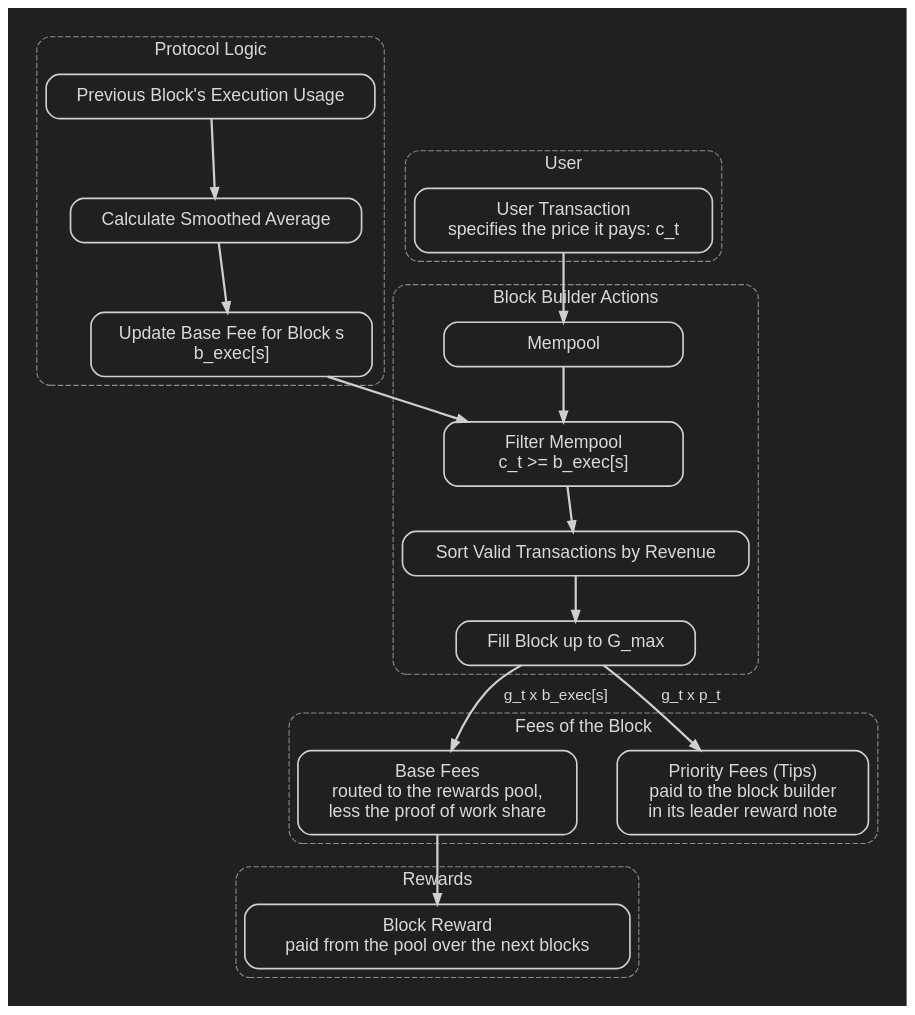
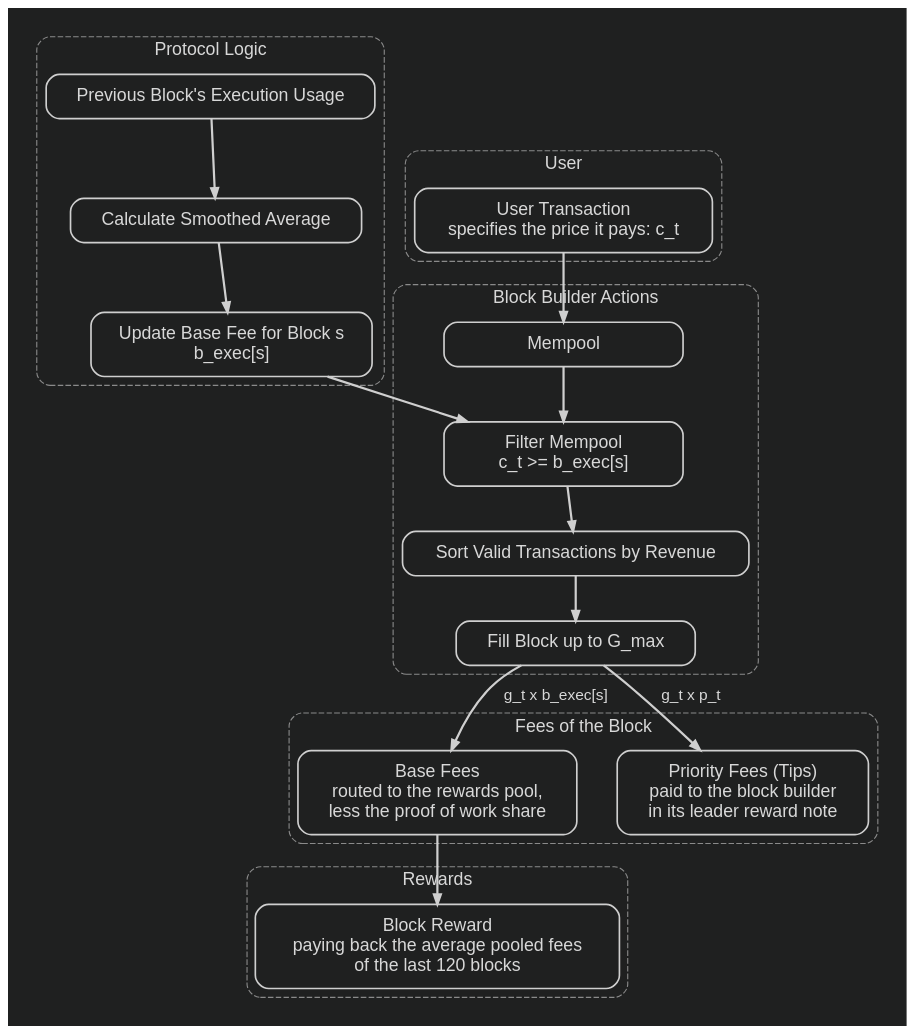
One commit to logos-co/logos-lips changed the diagram in docs/blockchain/raw/execution-market/assets/execution-market-lifecycle.dot. Above: the diagram before and after it, drawn with Graphviz. The commit also changed 5 other files, not shown here.

Commit message:
docs(blockchain): release rising with the pooled fees in the Block Rewards overview, forced exit funding in the RFC, overview figure drawn top to bottom

```diff
--- a/docs/blockchain/raw/execution-market/assets/execution-market-lifecycle.dot
+++ b/docs/blockchain/raw/execution-market/assets/execution-market-lifecycle.dot
@@ -1,72 +1,72 @@
 /*
  * Execution market: lifecycle of the fees of a block
  *
  * Render:
  *   dot -Tsvg execution-market-lifecycle.dot -o execution-market-lifecycle.svg
  */
 
 digraph execution_market_lifecycle {
   rankdir = TB;
   bgcolor = "#1f2020";
   splines = true;
   nodesep = 0.50;
   ranksep = 0.55;
   pad     = 0.25;
 
   node [
     shape     = box,
     style     = "rounded,filled",
     fillcolor = "#1f2020",
     color     = "#cfcfcf",
     penwidth  = 1.5,
     fontname  = "Helvetica",
     fontsize  = 16,
     fontcolor = "#d8d8d8",
     margin    = "0.20,0.15",
     width     = 3.00
   ];
 
   edge [color = "#cfcfcf", penwidth = 2, arrowsize = 0.9,
         fontname = "Helvetica", fontsize = 14, fontcolor = "#d8d8d8"];
 
   graph [fontname = "Helvetica", fontsize = 16, fontcolor = "#d8d8d8", color = "#8a8a8a", style = "rounded,dashed"];
 
   subgraph cluster_protocol {
     label = "Protocol Logic";
     prev_block    [label = "Previous Block's Execution Usage"];
     ema           [label = "Calculate Smoothed Average"];
     base_fee      [label = "Update Base Fee for Block s\nb_exec[s]"];
     prev_block -> ema -> base_fee;
   }
 
   subgraph cluster_user {
     label = "User";
     tx            [label = "User Transaction\nspecifies the price it pays: c_t"];
   }
 
   subgraph cluster_builder {
     label = "Block Builder Actions";
     mempool       [label = "Mempool"];
     filter        [label = "Filter Mempool\nc_t >= b_exec[s]"];
     sort          [label = "Sort Valid Transactions by Revenue"];
     fill          [label = "Fill Block up to G_max"];
     mempool -> filter -> sort -> fill;
   }
 
   subgraph cluster_fees {
     label = "Fees of the Block";
     pooled        [label = "Base Fees\nrouted to the rewards pool,\nless the proof of work share"];
     tips          [label = "Priority Fees (Tips)\npaid to the block builder\nin its leader reward note"];
   }
 
   subgraph cluster_rewards {
     label = "Rewards";
-    block_reward  [label = "Block Reward\npaid from the pool over the next blocks"];
+    block_reward  [label = "Block Reward\npaying back the average pooled fees\nof the last 120 blocks"];
   }
 
   tx       -> mempool;
   base_fee -> filter;
   fill     -> pooled [label = "  g_t x b_exec[s]  "];
   fill     -> tips   [label = "  g_t x p_t  "];
   pooled   -> block_reward;
 }
```
